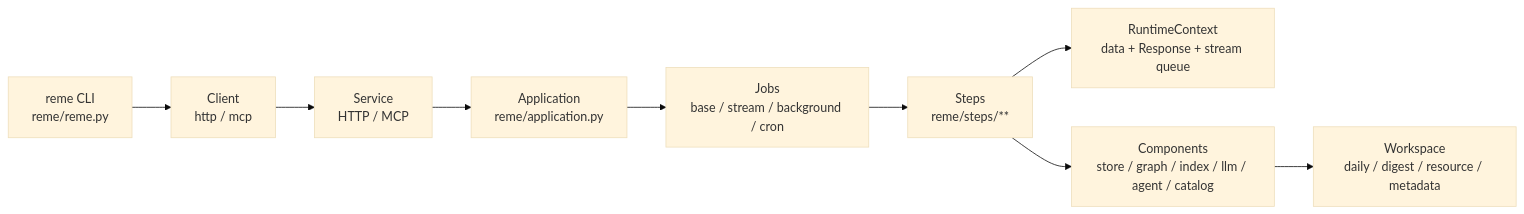
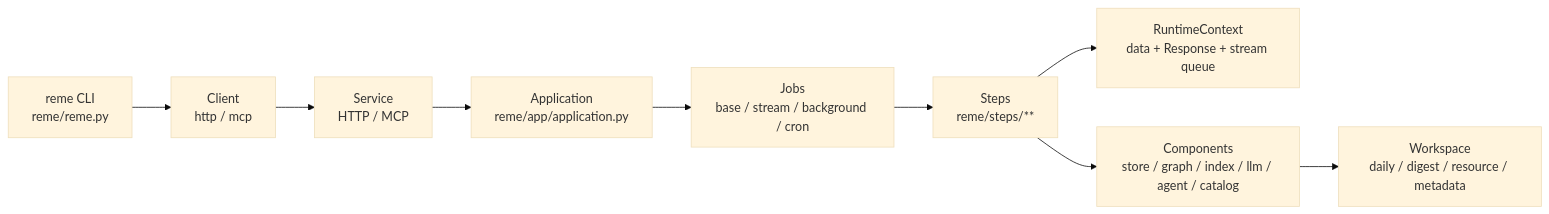
Before and after one commit to agentscope-ai/ReMe: the first of 13 diagrams in docs/en/framework.md, drawn with Mermaid (base theme). The commit also changed other lines of this file and 23 other files, not shown here.

````diff
--- a/docs/en/framework.md
+++ b/docs/en/framework.md
@@ -27,11 +27,11 @@
 ```mermaid
 flowchart LR
     CLI["reme CLI<br/>reme/reme.py"] --> Client["Client<br/>http / mcp"]
     Client --> Service["Service<br/>HTTP / MCP"]
-    Service --> App["Application<br/>reme/application.py"]
+    Service --> App["Application<br/>reme/app/application.py"]
     App --> Jobs["Jobs<br/>base / stream / background / cron"]
     Jobs --> Steps["Steps<br/>reme/steps/**"]
     Steps --> Ctx["RuntimeContext<br/>data + Response + stream queue"]
     Steps --> Components["Components<br/>store / graph / index / llm / agent / catalog"]
     Components --> Workspace["Workspace<br/>daily / digest / resource / metadata"]
 ```
````
